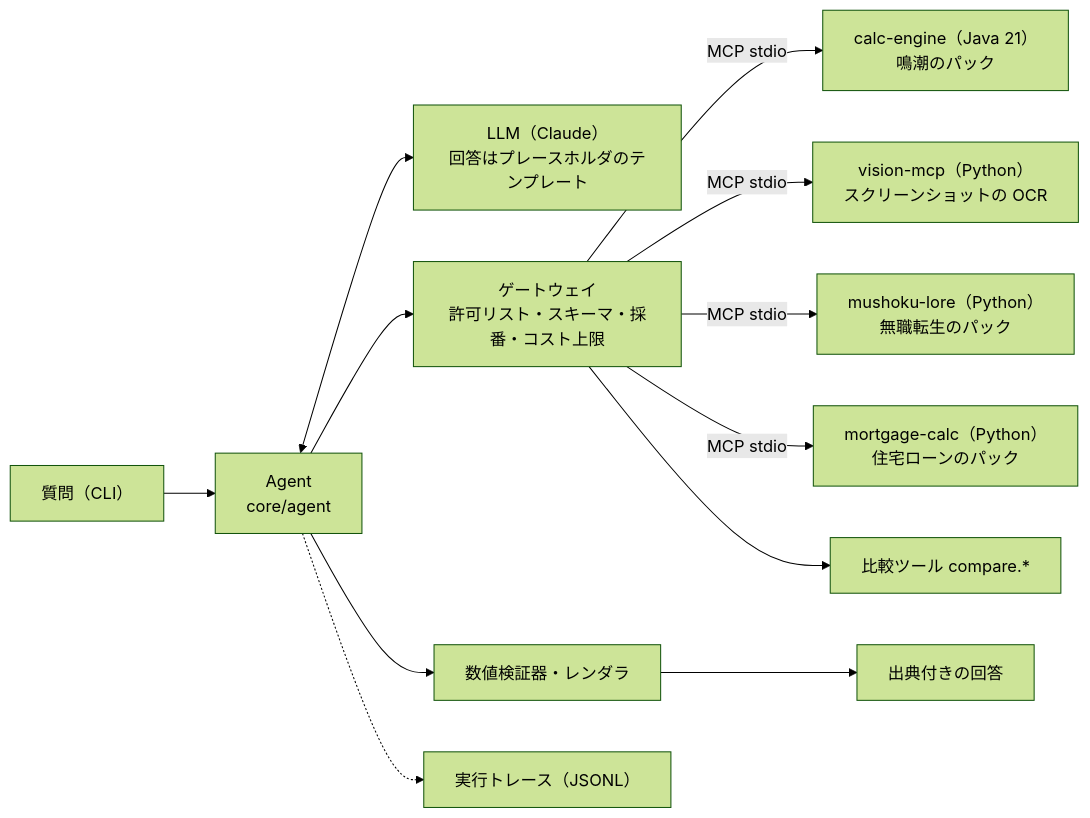
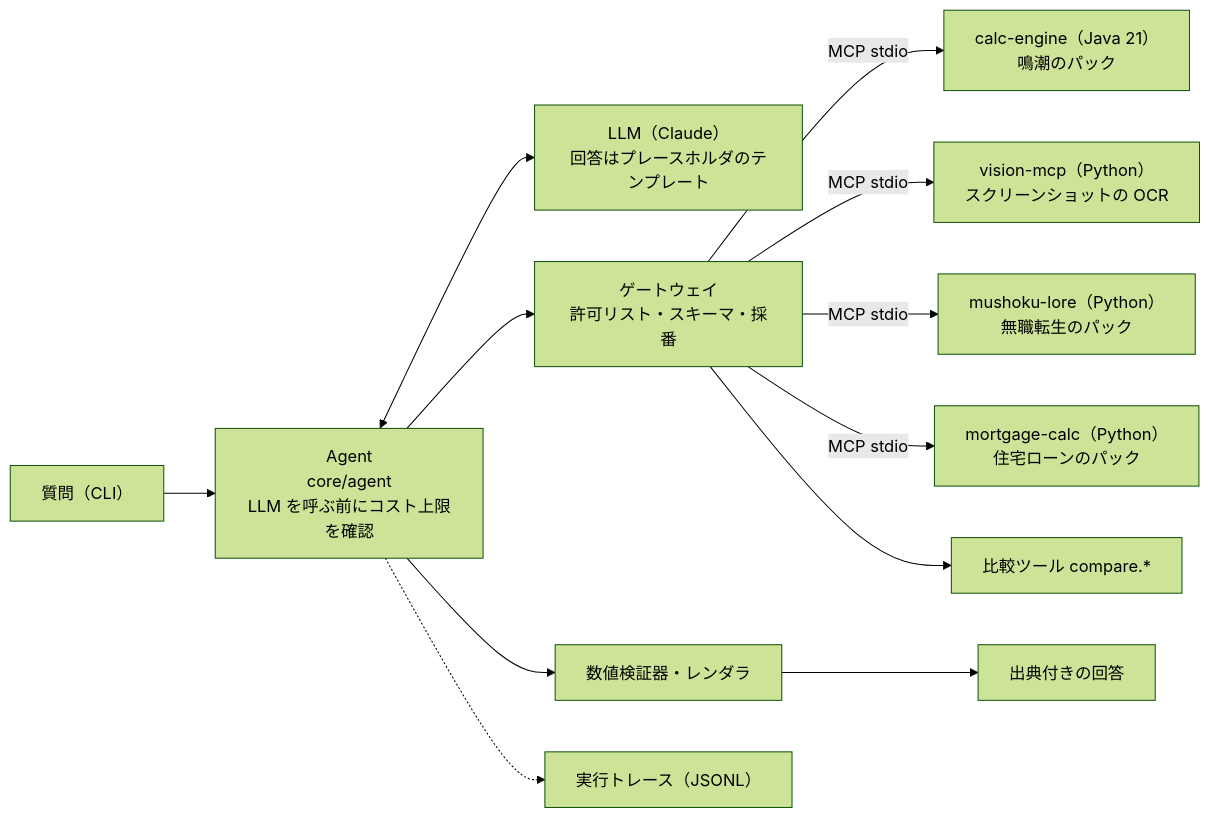
One commit to hexinlong9981/echolab changed the diagram in README.md. Above: the diagram before and after it, drawn with Mermaid (forest theme). The commit also changed other lines of this file and 2 other files, not shown here.

Commit message:
docs: README のコストの上限を、ゲートウェイではなく Agent が LLM を呼ぶ前に確かめるものとして書き直す（日本語・英語・中国語）

````diff
--- a/README.md
+++ b/README.md
@@ -42,14 +42,14 @@
 ```mermaid
 flowchart LR
-  Q["質問（CLI）"] --> A["Agent<br/>core/agent"]
+  Q["質問（CLI）"] --> A["Agent<br/>core/agent<br/>LLM を呼ぶ前にコスト上限を確認"]
   A <--> L["LLM（Claude）<br/>回答はプレースホルダのテンプレート"]
-  A --> G["ゲートウェイ<br/>許可リスト・スキーマ・採番・コスト上限"]
+  A --> G["ゲートウェイ<br/>許可リスト・スキーマ・採番"]
   G -->|MCP stdio| J["calc-engine（Java 21）<br/>鳴潮のパック"]
   G -->|MCP stdio| O["vision-mcp（Python）<br/>スクリーンショットの OCR"]
   G -->|MCP stdio| N["mushoku-lore（Python）<br/>無職転生のパック"]
   G -->|MCP stdio| M["mortgage-calc（Python）<br/>住宅ローンのパック"]
   G --> K["比較ツール compare.*"]
   A --> V["数値検証器・レンダラ"]
   V --> R["出典付きの回答"]
   A -.-> T["実行トレース（JSONL）"]
 ```
````
